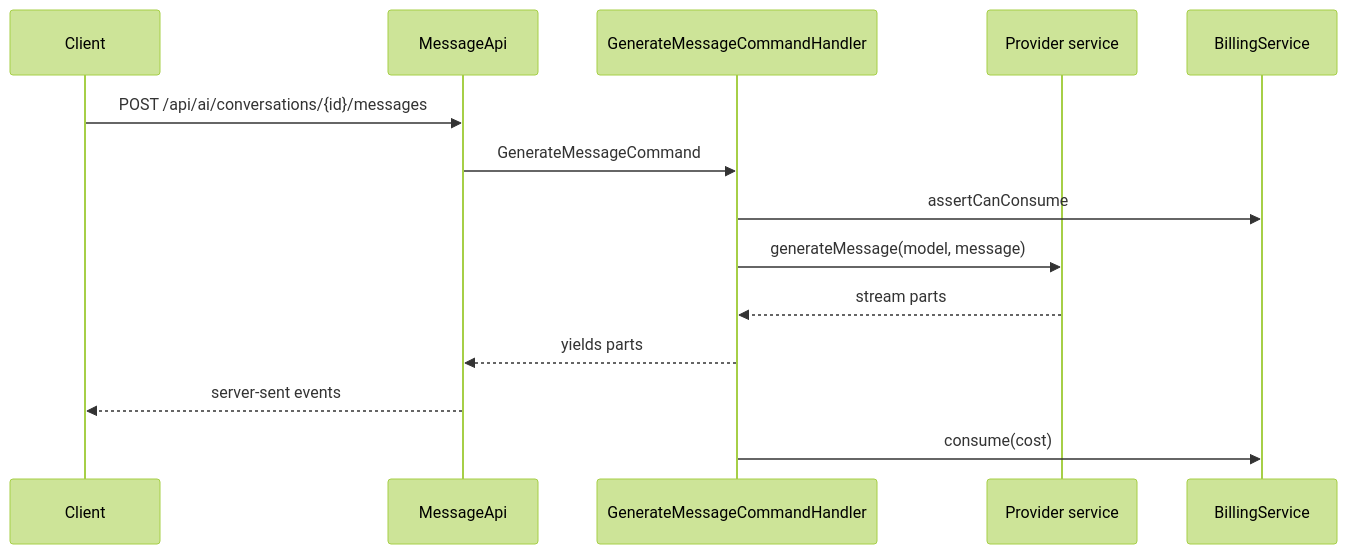
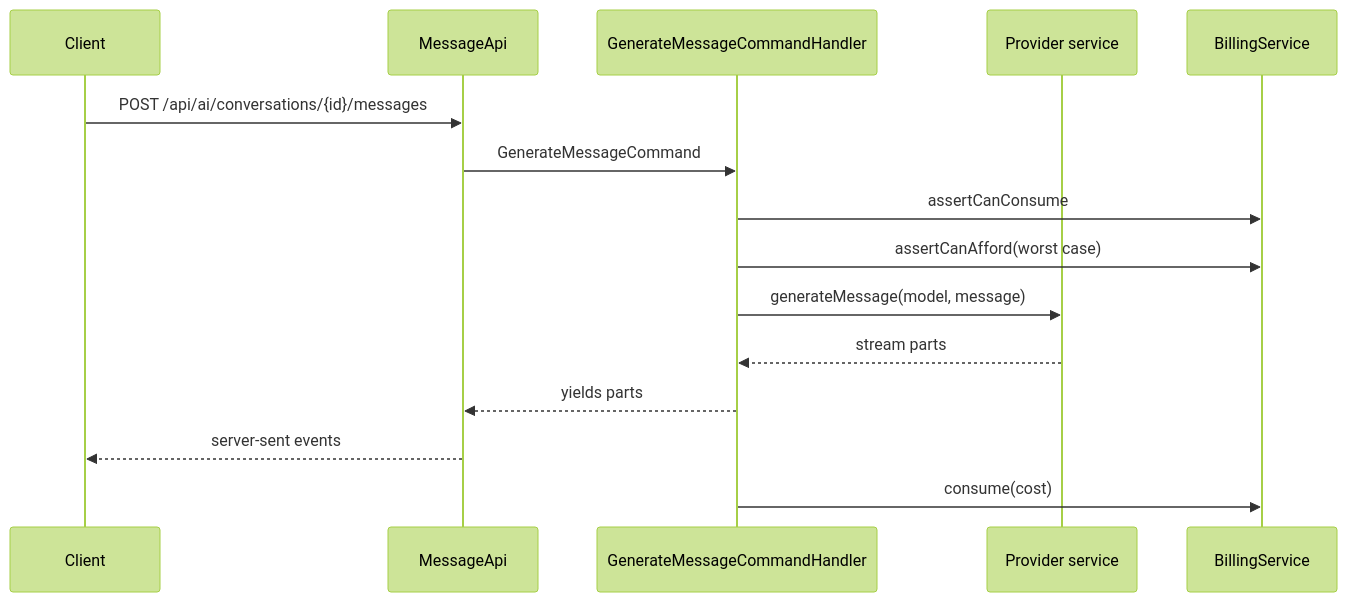
The diagram in development/core/ai-subsystem.mdx (heyaikeedo/docs), drawn with Mermaid (forest theme) before and after one commit. The commit also changed other lines of this file and 40 other files, not shown here.

````diff
--- a/development/core/ai-subsystem.mdx
+++ b/development/core/ai-subsystem.mdx
@@ -70,17 +120,18 @@
 ```mermaid
 sequenceDiagram
     participant C as Client
     participant A as MessageApi
     participant H as GenerateMessageCommandHandler
     participant S as Provider service
     participant B as BillingService
 
     C->>A: POST /api/ai/conversations/{id}/messages
     A->>H: GenerateMessageCommand
     H->>B: assertCanConsume
+    H->>B: assertCanAfford(worst case)
     H->>S: generateMessage(model, message)
     S-->>H: stream parts
     H-->>A: yields parts
     A-->>C: server-sent events
     H->>B: consume(cost)
 ```
````
